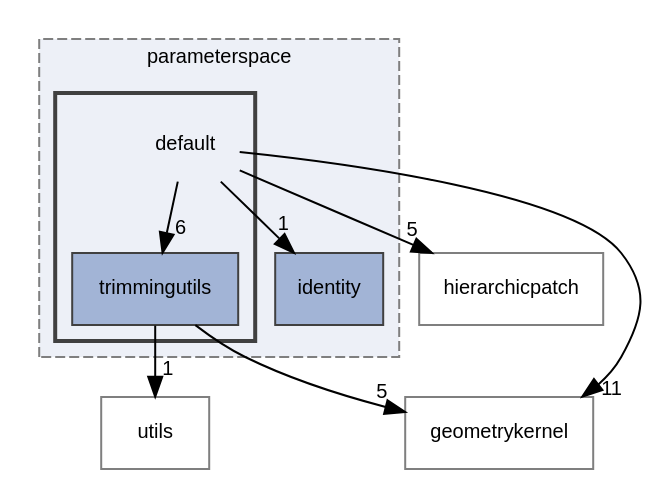
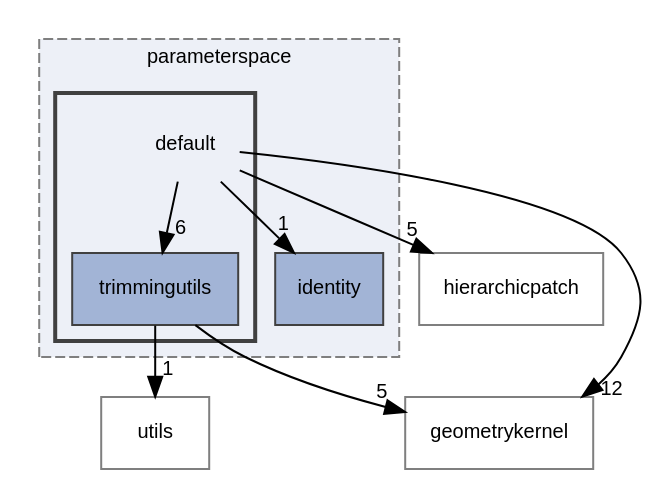
One commit to rath3t/dune-iga-doc changed the diagram in dir_f5de9a83ba433885a90732f39b87e823_dep.dot. Above: the diagram before and after it, drawn with Graphviz. The commit also changed 750 other files, not shown here.

```diff
--- a/dir_f5de9a83ba433885a90732f39b87e823_dep.dot
+++ b/dir_f5de9a83ba433885a90732f39b87e823_dep.dot
@@ -1,25 +1,25 @@
 digraph "default"
 {
  // LATEX_PDF_SIZE
   edge [fontname="Helvetica",fontsize="10",labelfontname="Helvetica",labelfontsize="10"];
   node [fontname="Helvetica",fontsize="10",shape=record];
   compound=true
   subgraph clusterdir_13898c8d649d3f4053b811aa4a00f800 {
     graph [ bgcolor="#edf0f7", pencolor="grey50", style="filled,dashed,", label="parameterspace", fontname="Helvetica", fontsize="10", URL="dir_13898c8d649d3f4053b811aa4a00f800.html"]
   dir_4f9a3fa99cd0e0423c5099ae82deb76f [shape=box, label="identity", style="filled,", fillcolor="#a2b4d6", color="grey25", URL="dir_4f9a3fa99cd0e0423c5099ae82deb76f.html"];
   subgraph clusterdir_f5de9a83ba433885a90732f39b87e823 {
     graph [ bgcolor="#edf0f7", pencolor="grey25", style="filled,bold,", label="", fontname="Helvetica", fontsize="10", URL="dir_f5de9a83ba433885a90732f39b87e823.html"]
     dir_f5de9a83ba433885a90732f39b87e823 [shape=plaintext, label="default"];
   dir_38776cb65d46f8937d679d1e10eb1d6d [shape=box, label="trimmingutils", style="filled,", fillcolor="#a2b4d6", color="grey25", URL="dir_38776cb65d46f8937d679d1e10eb1d6d.html"];
   }
   }
   dir_12fc9e68aad46ae2d80ba50ef1c96d76 [shape=box, label="hierarchicpatch", style="", fillcolor="#edf0f7", color="grey50", URL="dir_12fc9e68aad46ae2d80ba50ef1c96d76.html"];
   dir_98571e7345f7327fea7723ec1a12d870 [shape=box, label="geometrykernel", style="", fillcolor="#edf0f7", color="grey50", URL="dir_98571e7345f7327fea7723ec1a12d870.html"];
   dir_054fedf05f142c88b967e78541d2ed3d [shape=box, label="utils", style="", fillcolor="#edf0f7", color="grey50", URL="dir_054fedf05f142c88b967e78541d2ed3d.html"];
   dir_f5de9a83ba433885a90732f39b87e823->dir_12fc9e68aad46ae2d80ba50ef1c96d76 [headlabel="5", labeldistance=1.5 headhref="dir_000001_000007.html"];
   dir_f5de9a83ba433885a90732f39b87e823->dir_38776cb65d46f8937d679d1e10eb1d6d [headlabel="6", labeldistance=1.5 headhref="dir_000001_000018.html"];
   dir_f5de9a83ba433885a90732f39b87e823->dir_4f9a3fa99cd0e0423c5099ae82deb76f [headlabel="1", labeldistance=1.5 headhref="dir_000001_000008.html"];
-  dir_f5de9a83ba433885a90732f39b87e823->dir_98571e7345f7327fea7723ec1a12d870 [headlabel="11", labeldistance=1.5 headhref="dir_000001_000006.html"];
+  dir_f5de9a83ba433885a90732f39b87e823->dir_98571e7345f7327fea7723ec1a12d870 [headlabel="12", labeldistance=1.5 headhref="dir_000001_000006.html"];
   dir_38776cb65d46f8937d679d1e10eb1d6d->dir_054fedf05f142c88b967e78541d2ed3d [headlabel="1", labeldistance=1.5 headhref="dir_000018_000019.html"];
   dir_38776cb65d46f8937d679d1e10eb1d6d->dir_98571e7345f7327fea7723ec1a12d870 [headlabel="5", labeldistance=1.5 headhref="dir_000018_000006.html"];
 }
```
